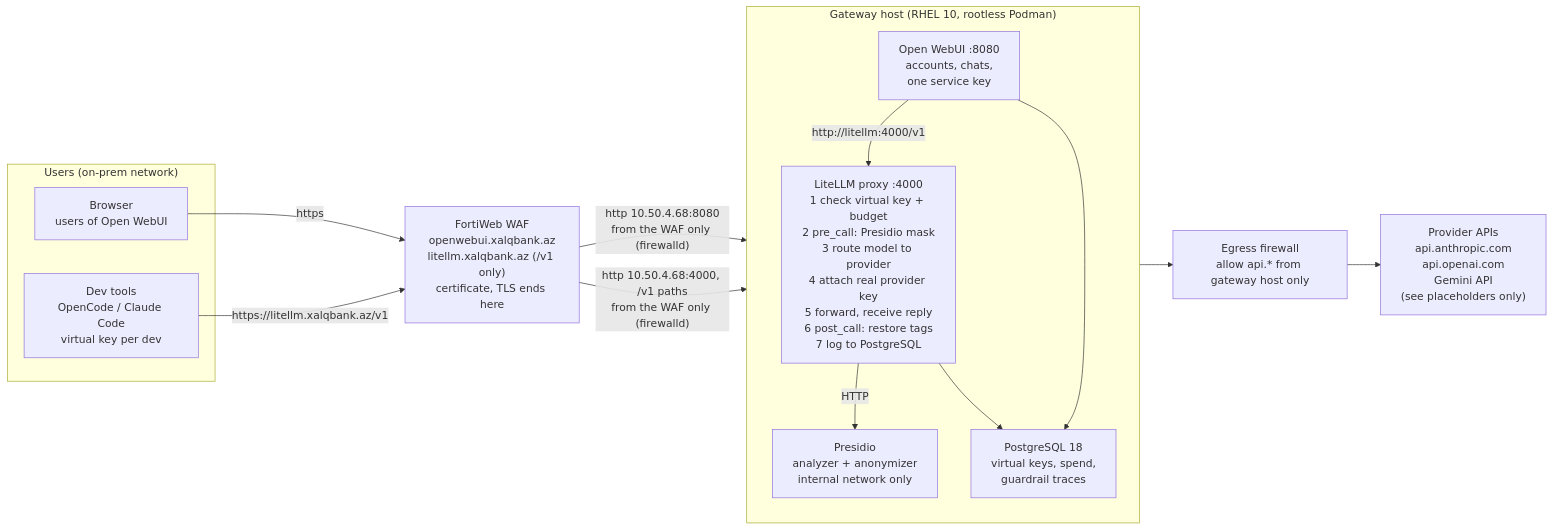
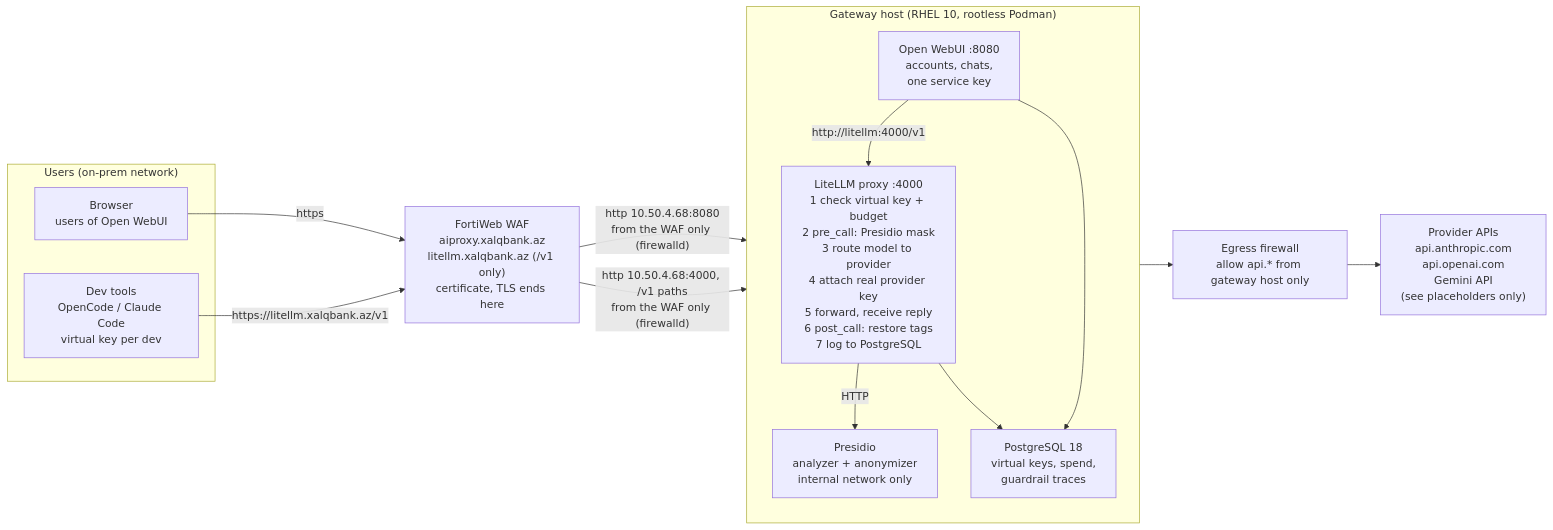
One commit to nafud/litellm changed the diagram in README.md. Above: the diagram before and after it, drawn with Mermaid. The commit also changed other lines of this file and 3 other files, not shown here.

First line of the commit message:
Rename the Open WebUI hostname to aiproxy.xalqbank.az

````diff
--- a/README.md
+++ b/README.md
@@ -14,26 +14,26 @@
 ```mermaid
 flowchart LR
   subgraph clients["Users (on-prem network)"]
     ui["Browser<br/>users of Open WebUI"]
     dev["Dev tools<br/>OpenCode / Claude Code<br/>virtual key per dev"]
   end
   subgraph host["Gateway host (RHEL 10, rootless Podman)"]
     direction TB
     owui["Open WebUI :8080<br/>accounts, chats,<br/>one service key"]
     litellm["LiteLLM proxy :4000<br/>1 check virtual key + budget<br/>2 pre_call: Presidio mask<br/>3 route model to provider<br/>4 attach real provider key<br/>5 forward, receive reply<br/>6 post_call: restore tags<br/>7 log to PostgreSQL"]
     presidio["Presidio<br/>analyzer + anonymizer<br/>internal network only"]
     pg["PostgreSQL 18<br/>virtual keys, spend,<br/>guardrail traces"]
     litellm -- HTTP --> presidio
     litellm --> pg
     owui --> pg
     owui -- "http://litellm:4000/v1" --> litellm
   end
-  waf["FortiWeb WAF<br/>openwebui.xalqbank.az<br/>litellm.xalqbank.az (/v1 only)<br/>certificate, TLS ends here"]
+  waf["FortiWeb WAF<br/>aiproxy.xalqbank.az<br/>litellm.xalqbank.az (/v1 only)<br/>certificate, TLS ends here"]
   fw["Egress firewall<br/>allow api.* from gateway host only"]
   prov["Provider APIs<br/>api.anthropic.com<br/>api.openai.com<br/>Gemini API<br/>(see placeholders only)"]
   ui -- "https" --> waf
   waf -- "http 10.50.4.68:8080<br/>from the WAF only (firewalld)" --> owui
   dev -- "https://litellm.xalqbank.az/v1" --> waf
   waf -- "http 10.50.4.68:4000, /v1 paths<br/>from the WAF only (firewalld)" --> litellm
   litellm --> fw --> prov
 ```
````
